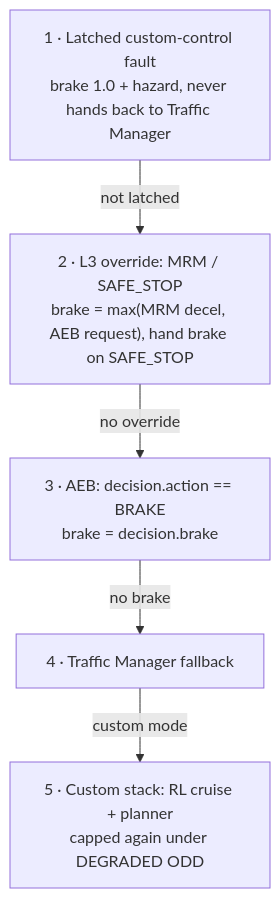
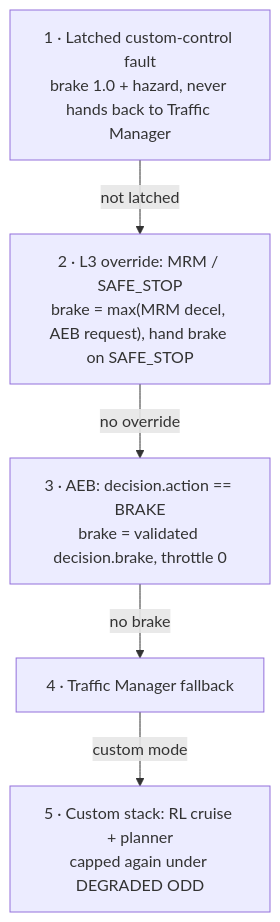
The fifth of 8 diagrams in docs/ARCHITECTURE.md (nhatduongchess-cloud/carla-adas-active-safety-project), drawn with Mermaid before and after one commit. The commit also changed other lines of this file and 10 other files, not shown here.

````diff
--- a/docs/ARCHITECTURE.md
+++ b/docs/ARCHITECTURE.md
@@ -377,13 +386,13 @@
 ```mermaid
 flowchart TB
     F1["1 · Latched custom-control fault<br/>brake 1.0 + hazard, never hands back to Traffic Manager"]
     F2["2 · L3 override: MRM / SAFE_STOP<br/>brake = max(MRM decel, AEB request), hand brake on SAFE_STOP"]
-    F3["3 · AEB: decision.action == BRAKE<br/>brake = decision.brake"]
+    F3["3 · AEB: decision.action == BRAKE<br/>brake = validated decision.brake, throttle 0"]
     F4["4 · Traffic Manager fallback"]
     F5["5 · Custom stack: RL cruise + planner<br/>capped again under DEGRADED ODD"]
 
     F1 -->|"not latched"| F2
     F2 -->|"no override"| F3
     F3 -->|"no brake"| F4
     F4 -->|"custom mode"| F5
 ```
````
